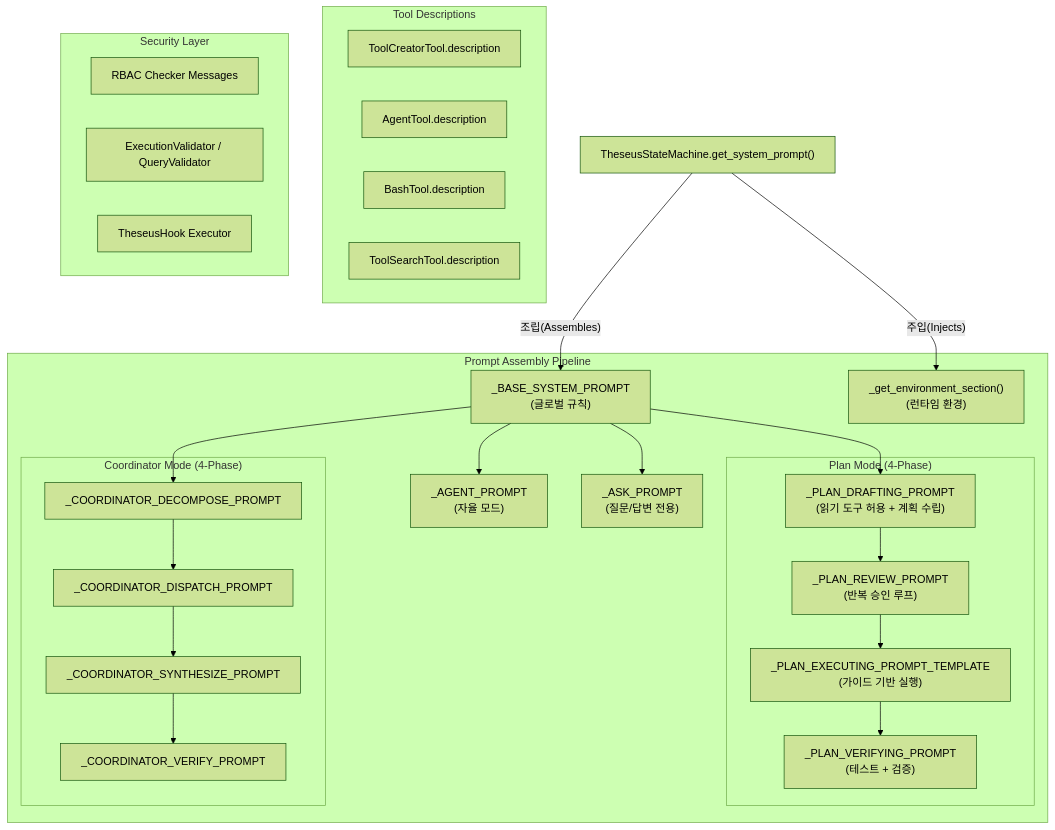
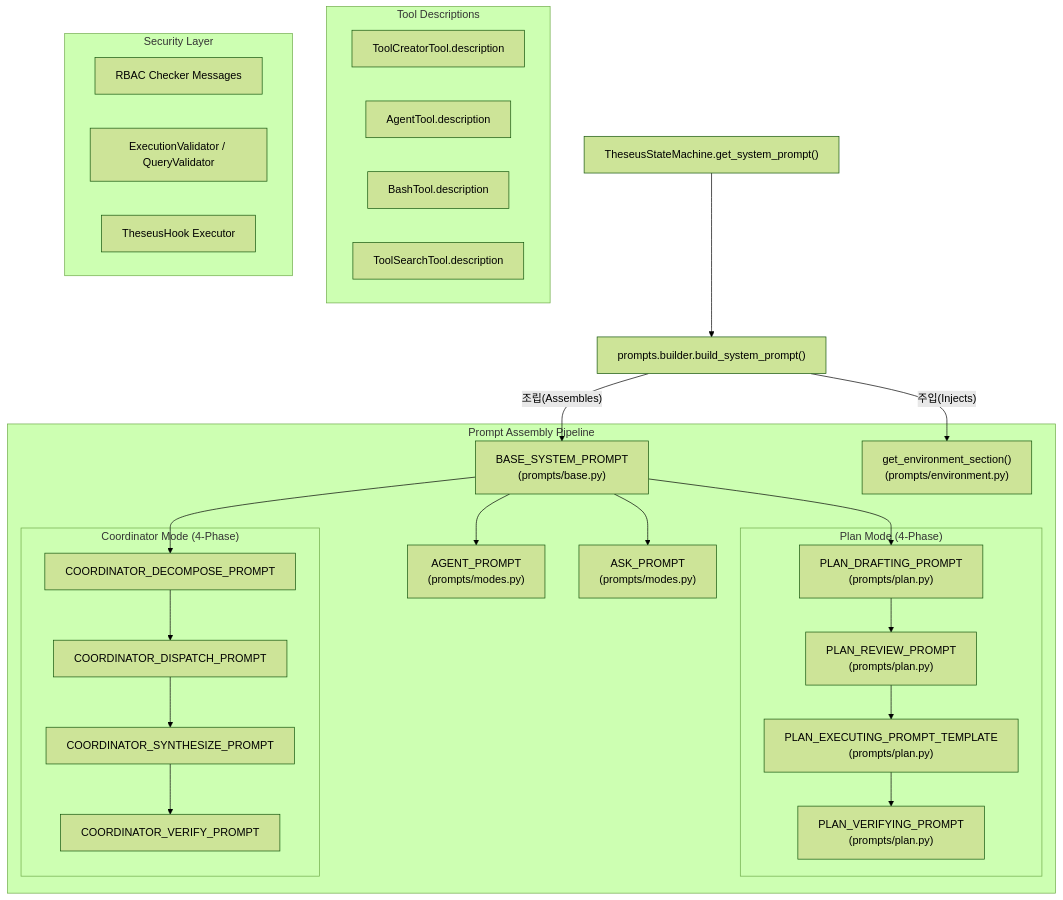
One commit to 5starss/theseus changed the diagram in backend/theseus-core-server/docs/prompt/prompt_architecture_map.md. Above: the diagram before and after it, drawn with Mermaid (forest theme). The commit also changed other lines of this file and 34 other files, not shown here.

````diff
--- a/backend/theseus-core-server/docs/prompt/prompt_architecture_map.md
+++ b/backend/theseus-core-server/docs/prompt/prompt_architecture_map.md
@@ -267,45 +320,46 @@
 ```mermaid
 graph TB
     subgraph "Prompt Assembly Pipeline"
-        BASE["_BASE_SYSTEM_PROMPT<br/>(글로벌 규칙)"]
-        ENV["_get_environment_section()<br/>(런타임 환경)"]
+        BASE["BASE_SYSTEM_PROMPT<br/>(prompts/base.py)"]
+        ENV["get_environment_section()<br/>(prompts/environment.py)"]
         
-        BASE --> AGENT["_AGENT_PROMPT<br/>(자율 모드)"]
-        BASE --> ASK["_ASK_PROMPT<br/>(질문/답변 전용)"]
+        BASE --> AGENT["AGENT_PROMPT<br/>(prompts/modes.py)"]
+        BASE --> ASK["ASK_PROMPT<br/>(prompts/modes.py)"]
         
         subgraph "Plan Mode (4-Phase)"
-            PLAN_D["_PLAN_DRAFTING_PROMPT<br/>(읽기 도구 허용 + 계획 수립)"]
-            PLAN_R["_PLAN_REVIEW_PROMPT<br/>(반복 승인 루프)"]
-            PLAN_E["_PLAN_EXECUTING_PROMPT_TEMPLATE<br/>(가이드 기반 실행)"]
-            PLAN_V["_PLAN_VERIFYING_PROMPT<br/>(테스트 + 검증)"]
+            PLAN_D["PLAN_DRAFTING_PROMPT<br/>(prompts/plan.py)"]
+            PLAN_R["PLAN_REVIEW_PROMPT<br/>(prompts/plan.py)"]
+            PLAN_E["PLAN_EXECUTING_PROMPT_TEMPLATE<br/>(prompts/plan.py)"]
+            PLAN_V["PLAN_VERIFYING_PROMPT<br/>(prompts/plan.py)"]
             PLAN_D --> PLAN_R --> PLAN_E --> PLAN_V
         end
         
         subgraph "Coordinator Mode (4-Phase)"
-            COORD_D["_COORDINATOR_DECOMPOSE_PROMPT"]
-            COORD_P["_COORDINATOR_DISPATCH_PROMPT"]
-            COORD_S["_COORDINATOR_SYNTHESIZE_PROMPT"]
-            COORD_V["_COORDINATOR_VERIFY_PROMPT"]
+            COORD_D["COORDINATOR_DECOMPOSE_PROMPT"]
+            COORD_P["COORDINATOR_DISPATCH_PROMPT"]
+            COORD_S["COORDINATOR_SYNTHESIZE_PROMPT"]
+            COORD_V["COORDINATOR_VERIFY_PROMPT"]
             COORD_D --> COORD_P --> COORD_S --> COORD_V
         end
         
         BASE --> PLAN_D
         BASE --> COORD_D
     end
     
     subgraph "Tool Descriptions"
         TD1["ToolCreatorTool.description"]
         TD2["AgentTool.description"]
         TD3["BashTool.description"]
         TD4["ToolSearchTool.description"]
     end
     
     subgraph "Security Layer"
         RBAC["RBAC Checker Messages"]
         VAL["ExecutionValidator / QueryValidator"]
         HOOK["TheseusHook Executor"]
     end
     
-    SM["TheseusStateMachine.get_system_prompt()"] --> |"조립(Assembles)"| BASE
-    SM --> |"주입(Injects)"| ENV
+    SM["TheseusStateMachine.get_system_prompt()"] --> BUILDER["prompts.builder.build_system_prompt()"]
+    BUILDER --> |"조립(Assembles)"| BASE
+    BUILDER --> |"주입(Injects)"| ENV
 ```
````
